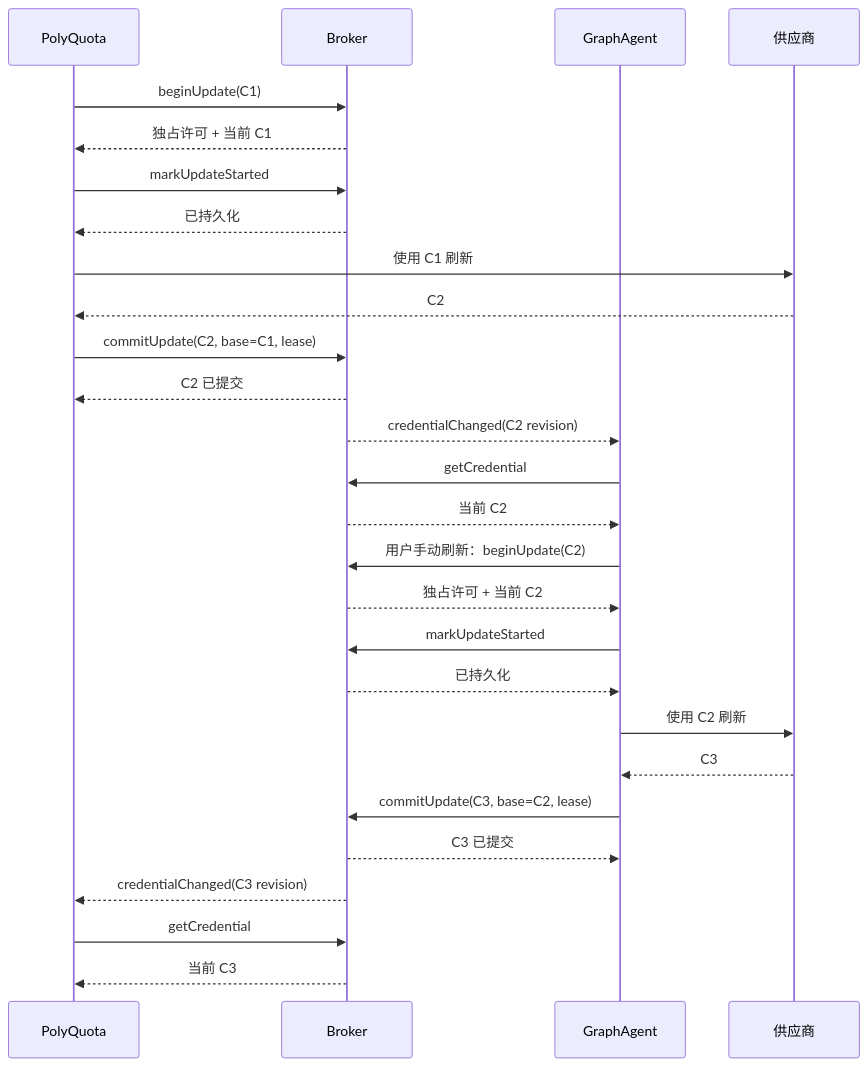
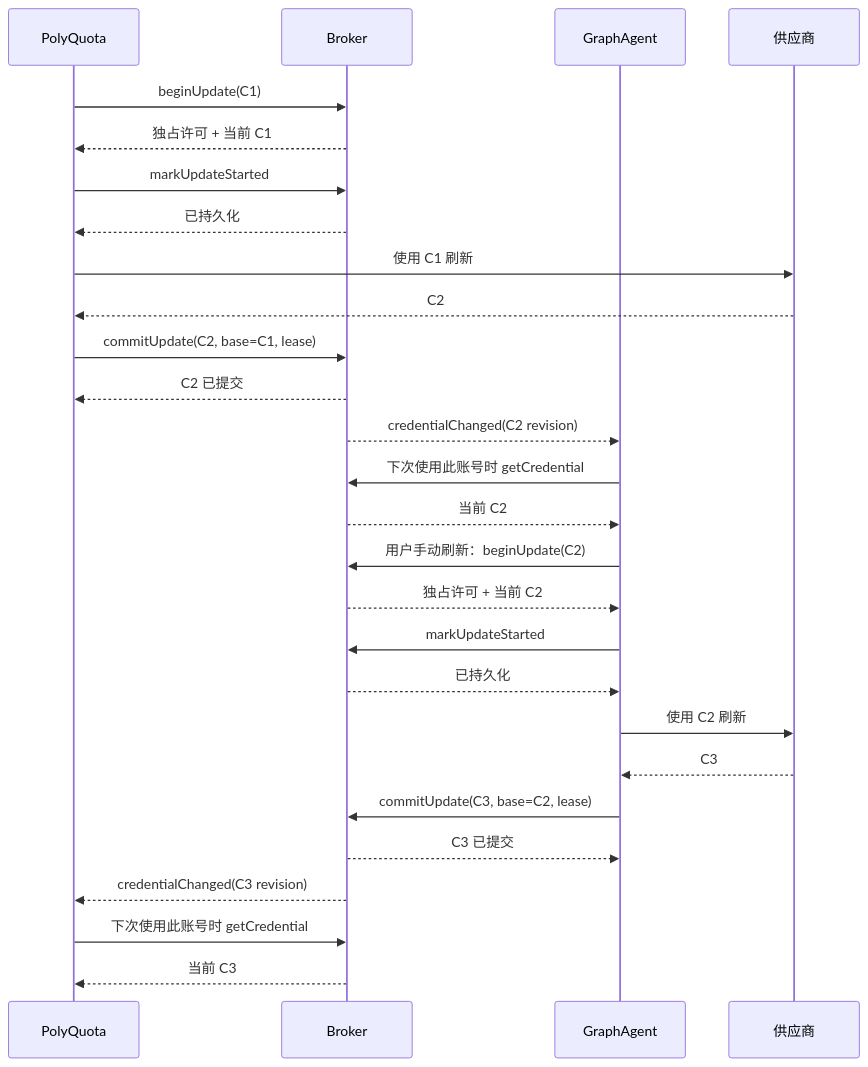
Before and after one commit to SwingCosmic/astra-conductor: the second of 2 diagrams in docs/common/core/credential-sharing/design.md, drawn with Mermaid. The commit also changed other lines of this file and 91 other files, not shown here.

````diff
--- a/docs/common/core/credential-sharing/design.md
+++ b/docs/common/core/credential-sharing/design.md
@@ -118,29 +122,29 @@
 ```mermaid
 sequenceDiagram
     participant P as PolyQuota
     participant B as Broker
     participant G as GraphAgent
     participant U as 供应商
     P->>B: beginUpdate(C1)
     B-->>P: 独占许可 + 当前 C1
     P->>B: markUpdateStarted
     B-->>P: 已持久化
     P->>U: 使用 C1 刷新
     U-->>P: C2
     P->>B: commitUpdate(C2, base=C1, lease)
     B-->>P: C2 已提交
     B-->>G: credentialChanged(C2 revision)
-    G->>B: getCredential
+    G->>B: 下次使用此账号时 getCredential
     B-->>G: 当前 C2
     G->>B: 用户手动刷新：beginUpdate(C2)
     B-->>G: 独占许可 + 当前 C2
     G->>B: markUpdateStarted
     B-->>G: 已持久化
     G->>U: 使用 C2 刷新
     U-->>G: C3
     G->>B: commitUpdate(C3, base=C2, lease)
     B-->>G: C3 已提交
     B-->>P: credentialChanged(C3 revision)
-    P->>B: getCredential
+    P->>B: 下次使用此账号时 getCredential
     B-->>P: 当前 C3
 ```
````
